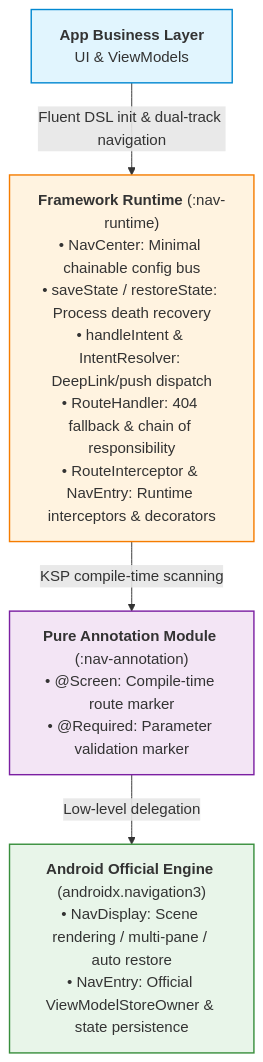
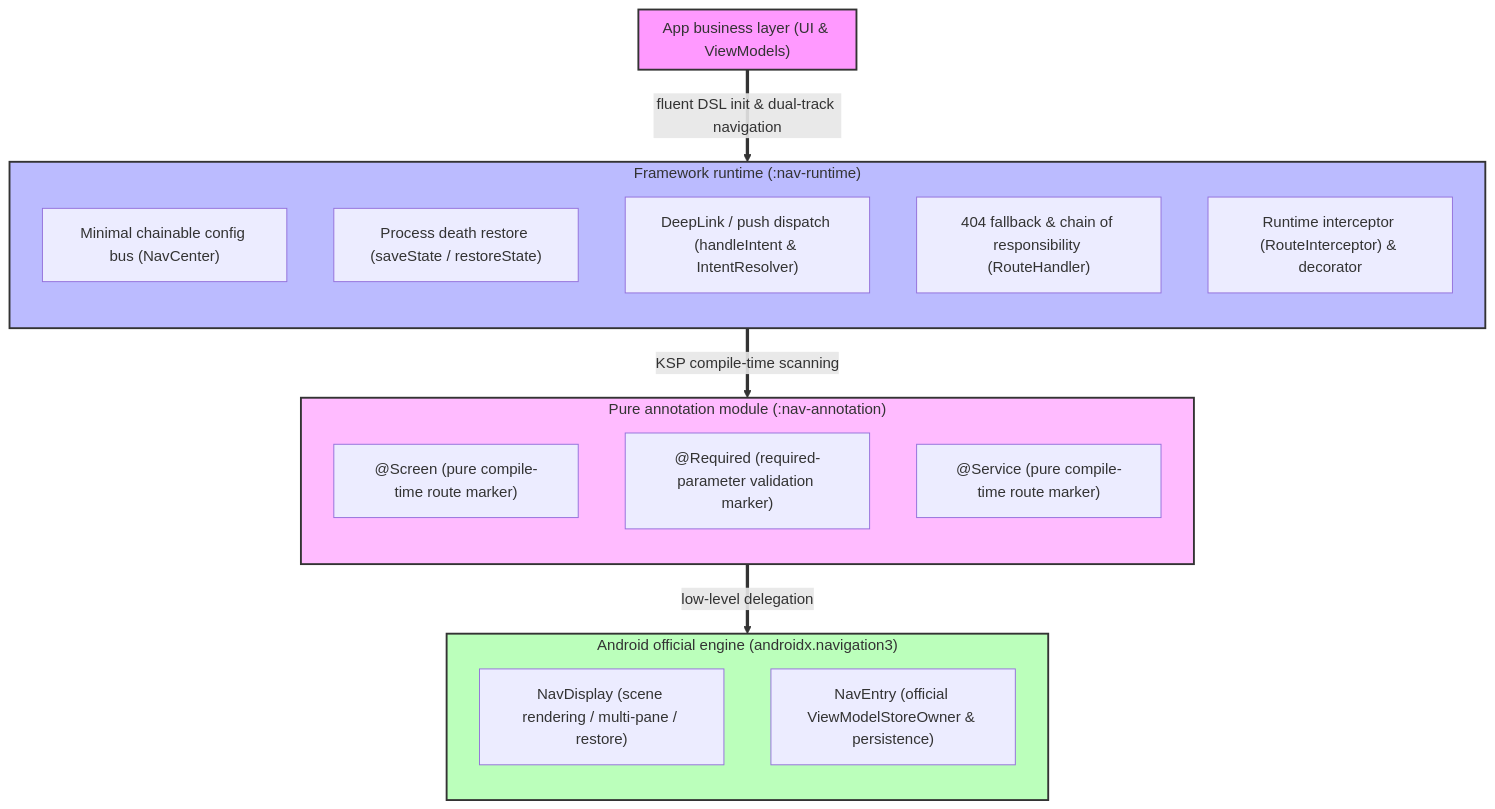
Before and after one commit to dalingge/nav3-router: the diagram in README_EN.md, drawn with Mermaid. The commit also changed 1 other file, not shown here.

Commit message:
文档修改

````diff
--- a/README_EN.md
+++ b/README_EN.md
@@ -20,14 +20,37 @@
 ```mermaid
 graph TD
-    A["<b>App Business Layer</b><br>UI & ViewModels"] 
-    -->|"Fluent DSL init & dual-track navigation"| B["<b>Framework Runtime</b> (:nav-runtime)<br>• NavCenter: Minimal chainable config bus<br>• saveState / restoreState: Process death recovery<br>• handleIntent & IntentResolver: DeepLink/push dispatch<br>• RouteHandler: 404 fallback & chain of responsibility<br>• RouteInterceptor & NavEntry: Runtime interceptors & decorators"]
-    
-    B -->|"KSP compile-time scanning"| C["<b>Pure Annotation Module</b> (:nav-annotation)<br>• @Screen: Compile-time route marker<br>• @Required: Parameter validation marker"]
-    
-    C -->|"Low-level delegation"| D["<b>Android Official Engine</b> (androidx.navigation3)<br>• NavDisplay: Scene rendering / multi-pane / auto restore<br>• NavEntry: Official ViewModelStoreOwner & state persistence"]
+    subgraph UI ["App business layer (UI & ViewModels)"]
+        direction TB
+    end
 
-    style A fill:#e1f5fe,stroke:#0288d1,stroke-width:1.5px
-    style B fill:#fff3e0,stroke:#f57c00,stroke-width:1.5px
-    style C fill:#f3e5f5,stroke:#7b1fa2,stroke-width:1.5px
-    style D fill:#e8f5e9,stroke:#388e3c,stroke-width:1.5px
+    subgraph Runtime ["Framework runtime (:nav-runtime) "]
+        direction TB
+        RT1["Minimal chainable config bus (NavCenter)"]
+        RT2["Process death restore (saveState / restoreState) "]
+        RT3["DeepLink / push dispatch (handleIntent & IntentResolver)"]
+        RT4["404 fallback & chain of responsibility (RouteHandler)"]
+        RT5["Runtime interceptor (RouteInterceptor) & decorator"]
+    end
+
+    subgraph Annotation ["Pure annotation module (:nav-annotation)"]
+        direction TB
+        AN1["@Screen (pure compile-time route marker) "]
+        AN2["@Required (required-parameter validation marker)"]
+        AN3["@Service (pure compile-time route marker) "]
+    end
+
+    subgraph Engine ["Android official engine (androidx.navigation3)"]
+        direction TB
+        EN1["NavDisplay (scene rendering / multi-pane / restore) "]
+        EN2["NavEntry (official ViewModelStoreOwner & persistence)"]
+    end
+
+    UI ==>|"fluent DSL init & dual-track navigation"| Runtime
+    Runtime ==>|"KSP compile-time scanning"| Annotation
+    Annotation ==>|"low-level delegation"| Engine
+
+    style UI fill:#f9f,stroke:#333,stroke-width:2px
+    style Runtime fill:#bbf,stroke:#333,stroke-width:2px
+    style Annotation fill:#fbf,stroke:#333,stroke-width:2px
+    style Engine fill:#bfb,stroke:#333,stroke-width:2px
 ```
````
